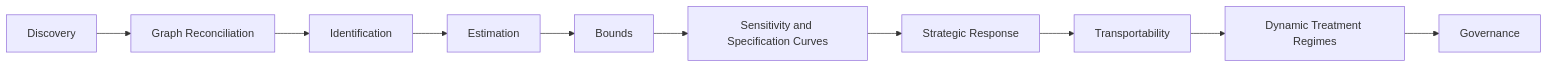
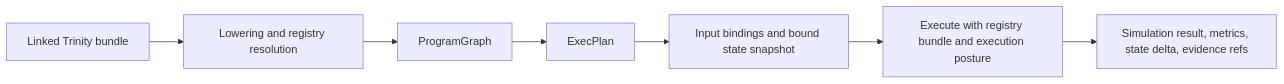
One commit to DenisKopylov/polisyos changed the diagram in policy-engine/docs/explanation/causal-engine.md. Above: the diagram before and after it, drawn with Mermaid. The commit also changed other lines of this file and 733 other files, not shown here.

````diff
--- a/policy-engine/docs/explanation/causal-engine.md
+++ b/policy-engine/docs/explanation/causal-engine.md
@@ -11,12 +16,9 @@
 ```mermaid
 flowchart LR
-  A["Discovery"] --> B["Graph Reconciliation"]
-  B --> C["Identification"]
-  C --> D["Estimation"]
-  D --> E["Bounds"]
-  E --> F["Sensitivity and Specification Curves"]
-  F --> G["Strategic Response"]
-  G --> H["Transportability"]
-  H --> I["Dynamic Treatment Regimes"]
-  I --> J["Governance"]
+    Trinity["Linked Trinity bundle"] --> Lower["Lowering and registry resolution"]
+    Lower --> Graph["ProgramGraph"]
+    Graph --> Plan["ExecPlan"]
+    Plan --> Bind["Input bindings and bound state snapshot"]
+    Bind --> Execute["Execute with registry bundle and execution posture"]
+    Execute --> Result["Simulation result, metrics, state delta, evidence refs"]
 ```
````
